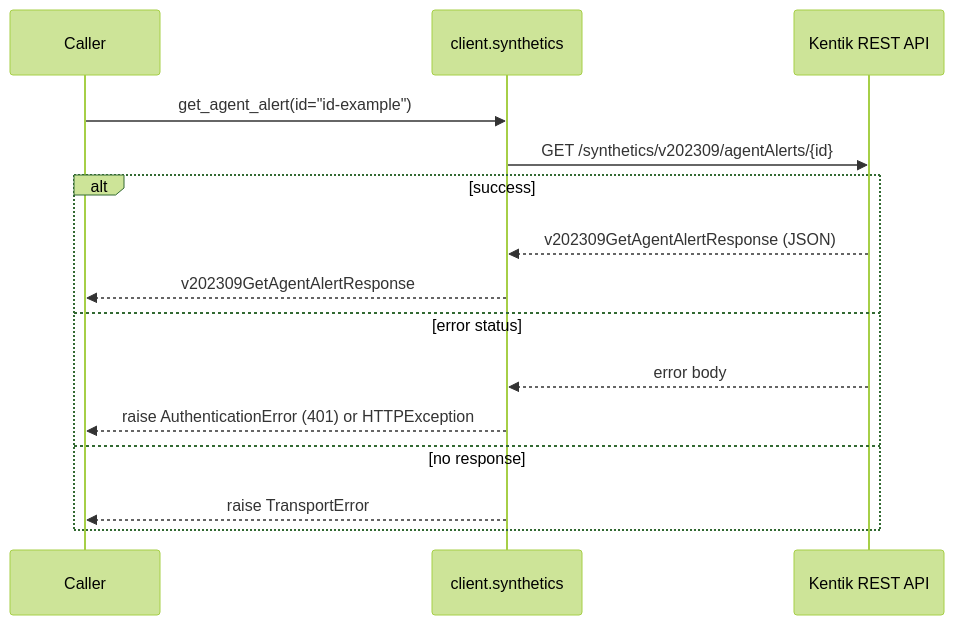
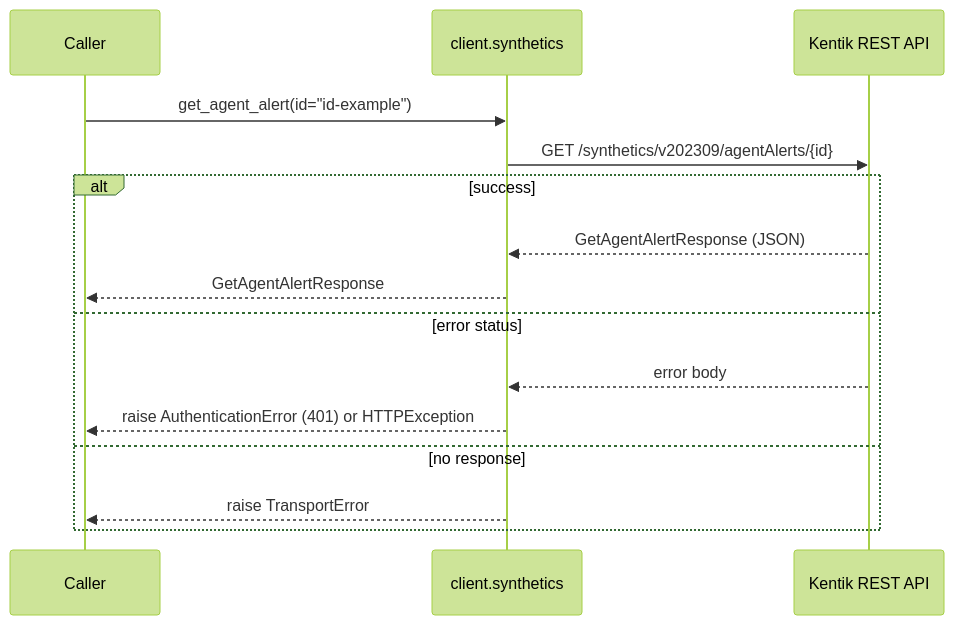
The sixth of 38 diagrams in docs/sphinx/services/synthetics.md (alexdearaujo/community_sdk_python), drawn with Mermaid (forest theme) before and after one commit. The commit also changed other lines of this file and 38 other files, not shown here.

````diff
--- a/docs/sphinx/services/synthetics.md
+++ b/docs/sphinx/services/synthetics.md
@@ -190,18 +190,18 @@
 ```mermaid
 sequenceDiagram
     participant C as Caller
     participant W as client.synthetics
     participant API as Kentik REST API
 
     C->>W: get_agent_alert(id="id-example")
     W->>API: GET /synthetics/v202309/agentAlerts/{id}
     alt success
-        API-->>W: v202309GetAgentAlertResponse (JSON)
-        W-->>C: v202309GetAgentAlertResponse
+        API-->>W: GetAgentAlertResponse (JSON)
+        W-->>C: GetAgentAlertResponse
     else error status
         API-->>W: error body
         W-->>C: raise AuthenticationError (401) or HTTPException
     else no response
         W-->>C: raise TransportError
     end
 ```
````
